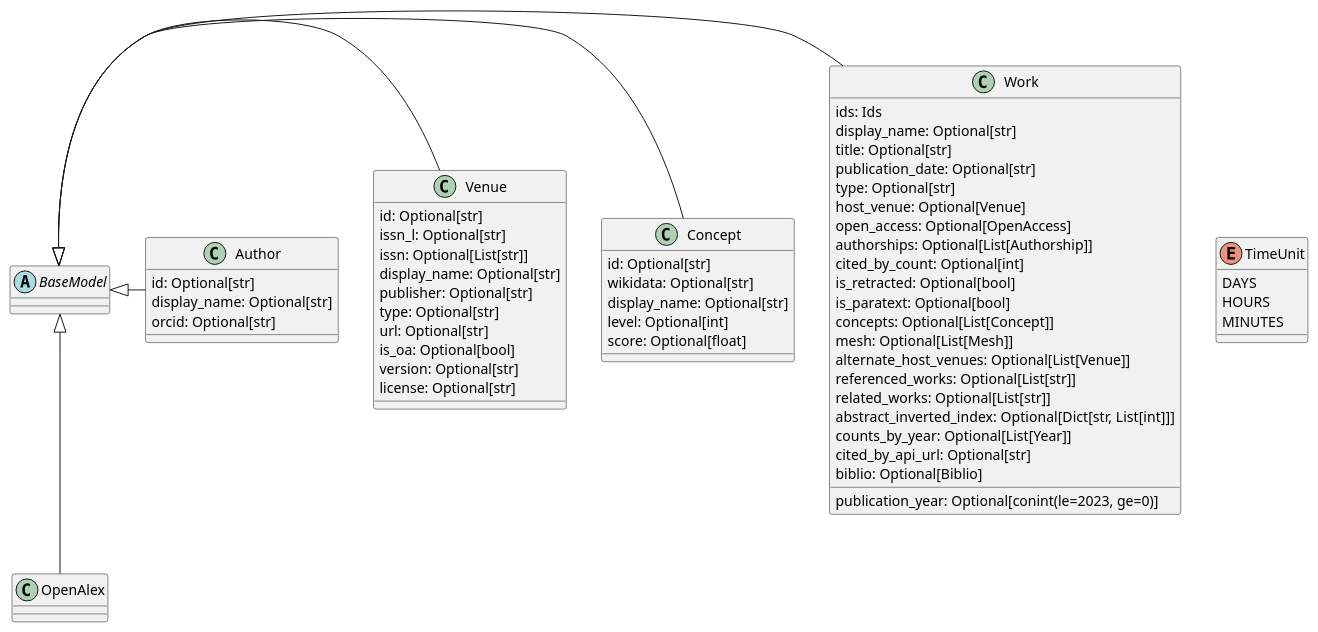
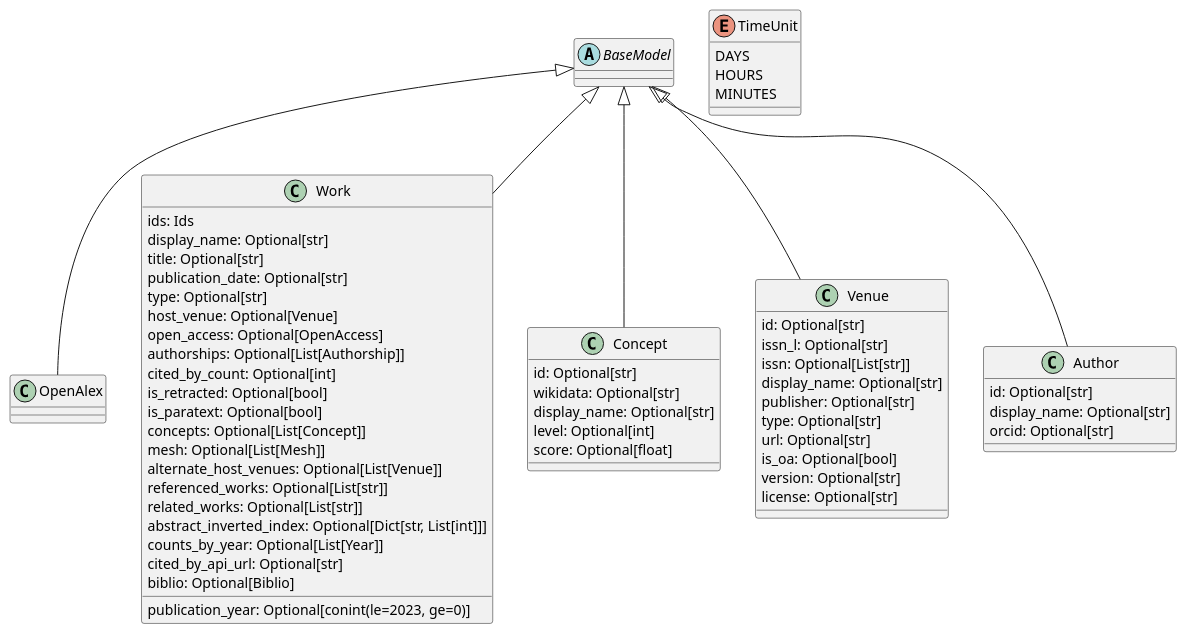
One commit to dpriskorn/OpenAlexAPI changed the diagram in diagrams/classes.puml. Above: the diagram before and after it, drawn with PlantUML.

Commit message:
Change to vertical arrows

```diff
--- a/diagrams/classes.puml
+++ b/diagrams/classes.puml
@@ -1,69 +1,69 @@
 @startuml
 'https://plantuml.com/class-diagram
 
 abstract class BaseModel
 
 BaseModel <|-- OpenAlex
-BaseModel <|- Work
-BaseModel <|- Concept
-BaseModel <|- Venue
-BaseModel <|- Author
+BaseModel <|-- Work
+BaseModel <|-- Concept
+BaseModel <|-- Venue
+BaseModel <|-- Author
 
 class Work {
     ids: Ids
     display_name: Optional[str]
     title: Optional[str]
     publication_year: Optional[conint(le=2023, ge=0)]
     publication_date: Optional[str]
     type: Optional[str]
     host_venue: Optional[Venue]
     open_access: Optional[OpenAccess]
     authorships: Optional[List[Authorship]]
     cited_by_count: Optional[int]
     is_retracted: Optional[bool]
     is_paratext: Optional[bool]
     concepts: Optional[List[Concept]]
     mesh: Optional[List[Mesh]]
     alternate_host_venues: Optional[List[Venue]]
     referenced_works: Optional[List[str]]
     related_works: Optional[List[str]]
     abstract_inverted_index: Optional[Dict[str, List[int]]]
     counts_by_year: Optional[List[Year]]
     cited_by_api_url: Optional[str]
     biblio: Optional[Biblio]
 
 }
 class Concept {
     id: Optional[str]
     wikidata: Optional[str]
     display_name: Optional[str]
     level: Optional[int]
     score: Optional[float]
 
 }
 class Venue {
     id: Optional[str]
     issn_l: Optional[str]
     issn: Optional[List[str]]
     display_name: Optional[str]
     publisher: Optional[str]
     type: Optional[str]
     url: Optional[str]
     is_oa: Optional[bool]
     version: Optional[str]
     license: Optional[str]
 }
 
 class Author{
     id: Optional[str]
     display_name: Optional[str]
     orcid: Optional[str]
 }
 
 enum TimeUnit {
 DAYS
 HOURS
 MINUTES
 }
 
 @enduml
```
